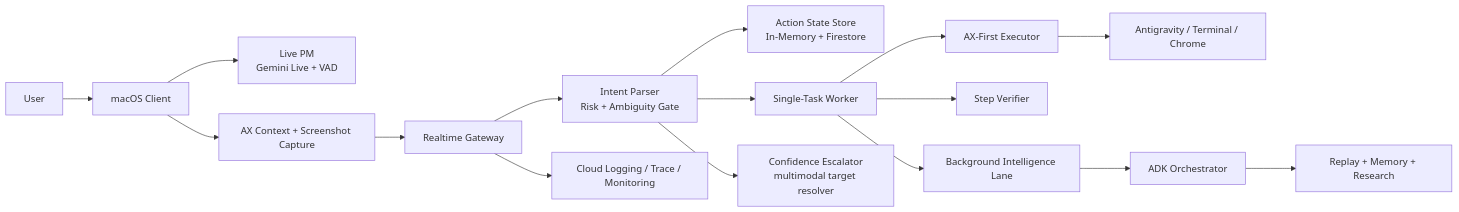
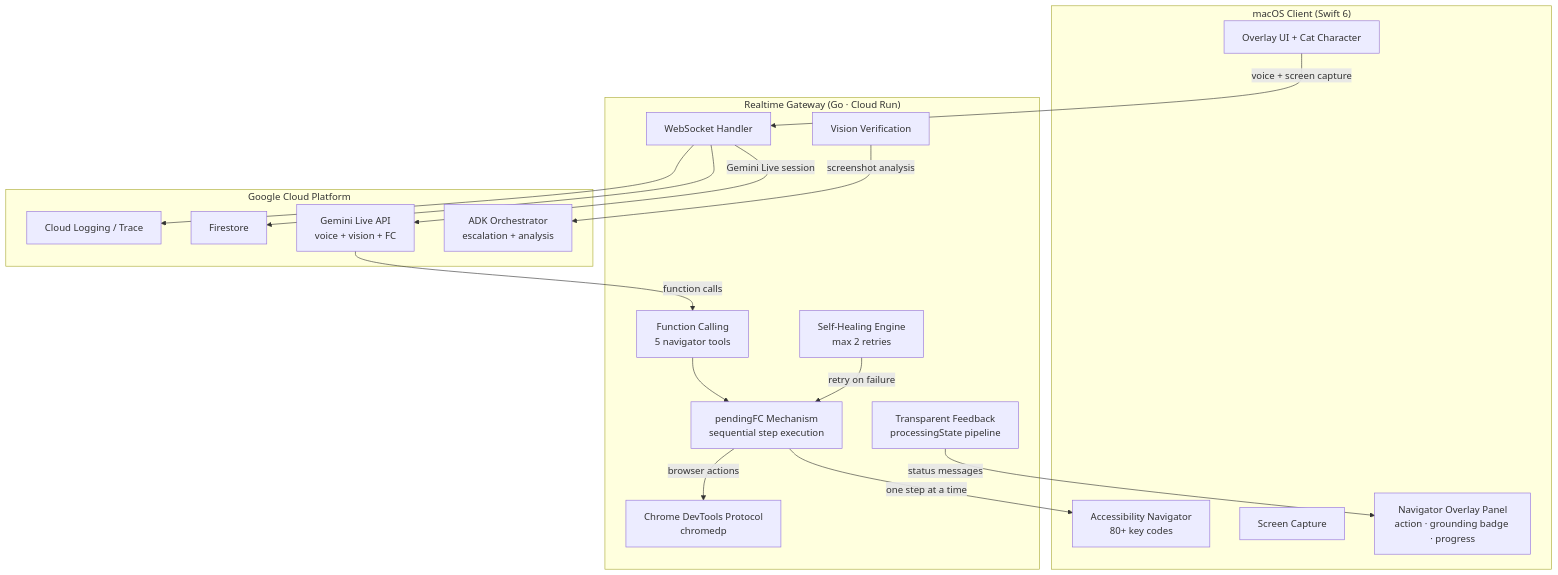
Before and after one commit to Two-Weeks-Team/vibeCat: the diagram in docs/FINAL_ARCHITECTURE.md, drawn with Mermaid. The commit also changed other lines of this file, not shown here.

First line of the commit message:
docs: update FINAL_ARCHITECTURE with FC tools, CDP, self-healing, transparent feedback

````diff
--- a/docs/FINAL_ARCHITECTURE.md
+++ b/docs/FINAL_ARCHITECTURE.md
@@ -23,18 +31,38 @@
 ```mermaid
-flowchart LR
-    U["User"] --> C["macOS Client"]
-    C --> PM["Live PM<br/>Gemini Live + VAD"]
-    C --> AX["AX Context + Screenshot Capture"]
-    AX --> G["Realtime Gateway"]
-    G --> P["Intent Parser<br/>Risk + Ambiguity Gate"]
-    P --> S["Action State Store<br/>In-Memory + Firestore"]
-    P --> W["Single-Task Worker"]
-    W --> E["AX-First Executor"]
-    E --> A["Antigravity / Terminal / Chrome"]
-    W --> V["Step Verifier"]
-    P --> CE["Confidence Escalator<br/>multimodal target resolver"]
-    W --> BG["Background Intelligence Lane"]
-    BG --> O["ADK Orchestrator"]
-    O --> R["Replay + Memory + Research"]
-    G --> OBS["Cloud Logging / Trace / Monitoring"]
+flowchart TB
+    subgraph Client["macOS Client (Swift 6)"]
+        UI["Overlay UI + Cat Character"]
+        AX["Accessibility Navigator<br/>80+ key codes"]
+        SC["Screen Capture"]
+        OV["Navigator Overlay Panel<br/>action · grounding badge · progress"]
+    end
+
+    subgraph Gateway["Realtime Gateway (Go · Cloud Run)"]
+        WS["WebSocket Handler"]
+        FC["Function Calling<br/>5 navigator tools"]
+        PFC["pendingFC Mechanism<br/>sequential step execution"]
+        SH["Self-Healing Engine<br/>max 2 retries"]
+        VV["Vision Verification"]
+        CDP["Chrome DevTools Protocol<br/>chromedp"]
+        TF["Transparent Feedback<br/>processingState pipeline"]
+    end
+
+    subgraph GCP["Google Cloud Platform"]
+        GM["Gemini Live API<br/>voice + vision + FC"]
+        ADK["ADK Orchestrator<br/>escalation + analysis"]
+        FS["Firestore"]
+        CL["Cloud Logging / Trace"]
+    end
+
+    UI -->|voice + screen capture| WS
+    WS -->|Gemini Live session| GM
+    GM -->|function calls| FC
+    FC --> PFC
+    PFC -->|one step at a time| AX
+    PFC -->|browser actions| CDP
+    SH -->|retry on failure| PFC
+    VV -->|screenshot analysis| ADK
+    TF -->|status messages| OV
+    WS --> FS
+    WS --> CL
 ```
````
